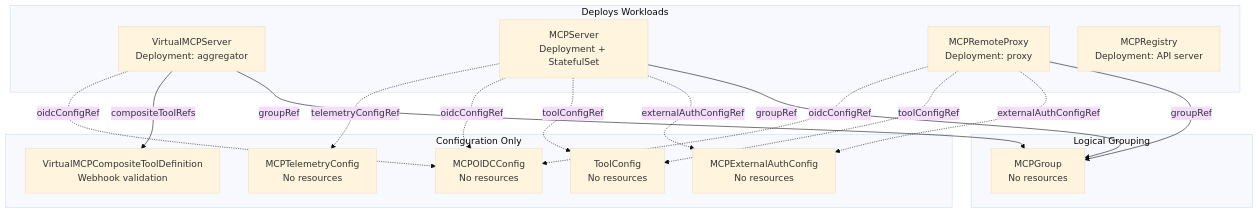
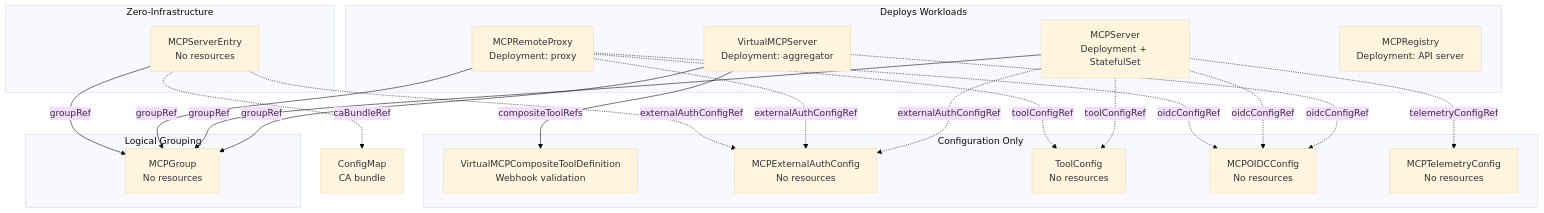
The second of 4 diagrams in docs/arch/09-operator-architecture.md (stacklok/toolhive), drawn with Mermaid (base theme) before and after one commit. The commit also changed other lines of this file and 7 other files, not shown here.

````diff
--- a/docs/arch/09-operator-architecture.md
+++ b/docs/arch/09-operator-architecture.md
@@ -102,36 +104,44 @@
 ```mermaid
 graph TB
     subgraph "Deploys Workloads"
         VMCP[VirtualMCPServer<br/>Deployment: aggregator]
         Server[MCPServer<br/>Deployment + StatefulSet]
         Proxy[MCPRemoteProxy<br/>Deployment: proxy]
         Registry[MCPRegistry<br/>Deployment: API server]
+    end
+
+    subgraph "Zero-Infrastructure"
+        Entry[MCPServerEntry<br/>No resources]
     end
 
     subgraph "Logical Grouping"
         Group[MCPGroup<br/>No resources]
     end
 
     subgraph "Configuration Only"
         CTD[VirtualMCPCompositeToolDefinition<br/>Webhook validation]
         ExtAuth[MCPExternalAuthConfig<br/>No resources]
         ToolCfg[ToolConfig<br/>No resources]
         OIDCCfg[MCPOIDCConfig<br/>No resources]
         TelCfg[MCPTelemetryConfig<br/>No resources]
     end
 
     VMCP -->|groupRef| Group
     VMCP -->|compositeToolRefs| CTD
     VMCP -.->|oidcConfigRef| OIDCCfg
 
     Server -->|groupRef| Group
     Server -.->|externalAuthConfigRef| ExtAuth
     Server -.->|toolConfigRef| ToolCfg
     Server -.->|oidcConfigRef| OIDCCfg
     Server -.->|telemetryConfigRef| TelCfg
 
     Proxy -->|groupRef| Group
     Proxy -.->|externalAuthConfigRef| ExtAuth
     Proxy -.->|toolConfigRef| ToolCfg
     Proxy -.->|oidcConfigRef| OIDCCfg
+
+    Entry -->|groupRef| Group
+    Entry -.->|externalAuthConfigRef| ExtAuth
+    Entry -.->|caBundleRef| ConfigMap[ConfigMap<br/>CA bundle]
 ```
````
